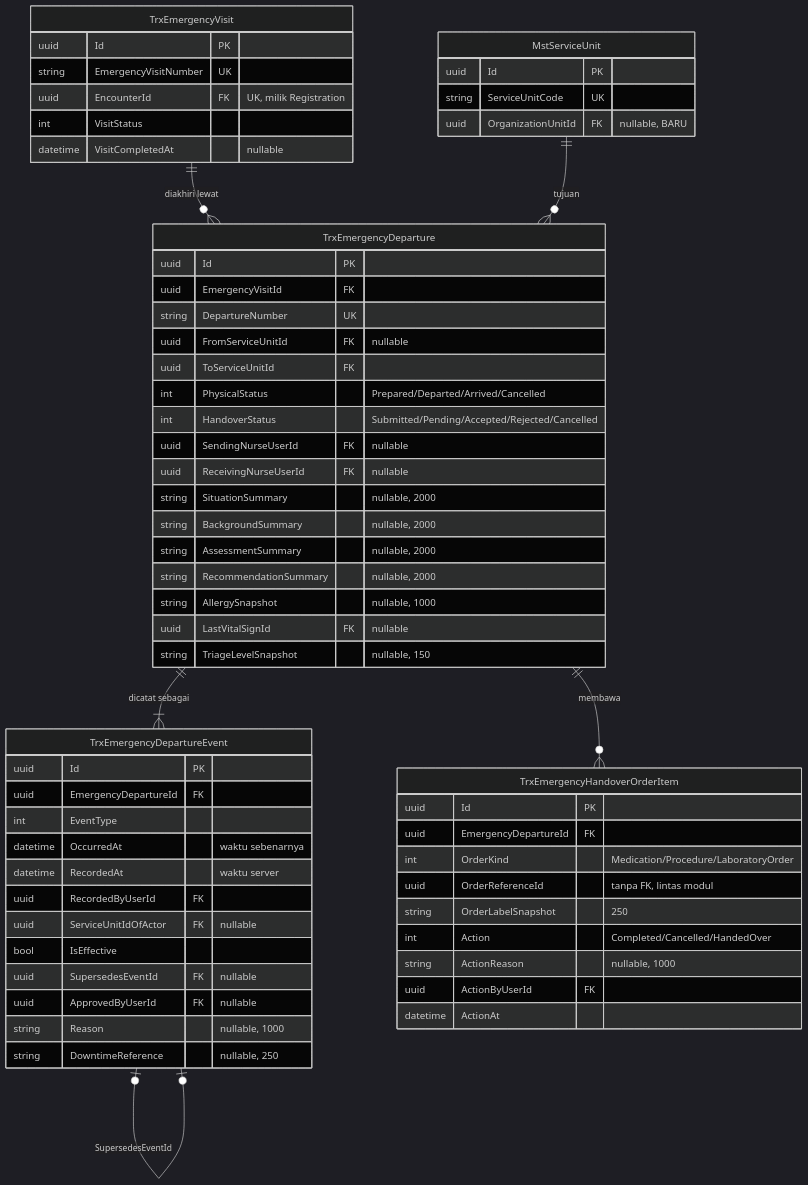
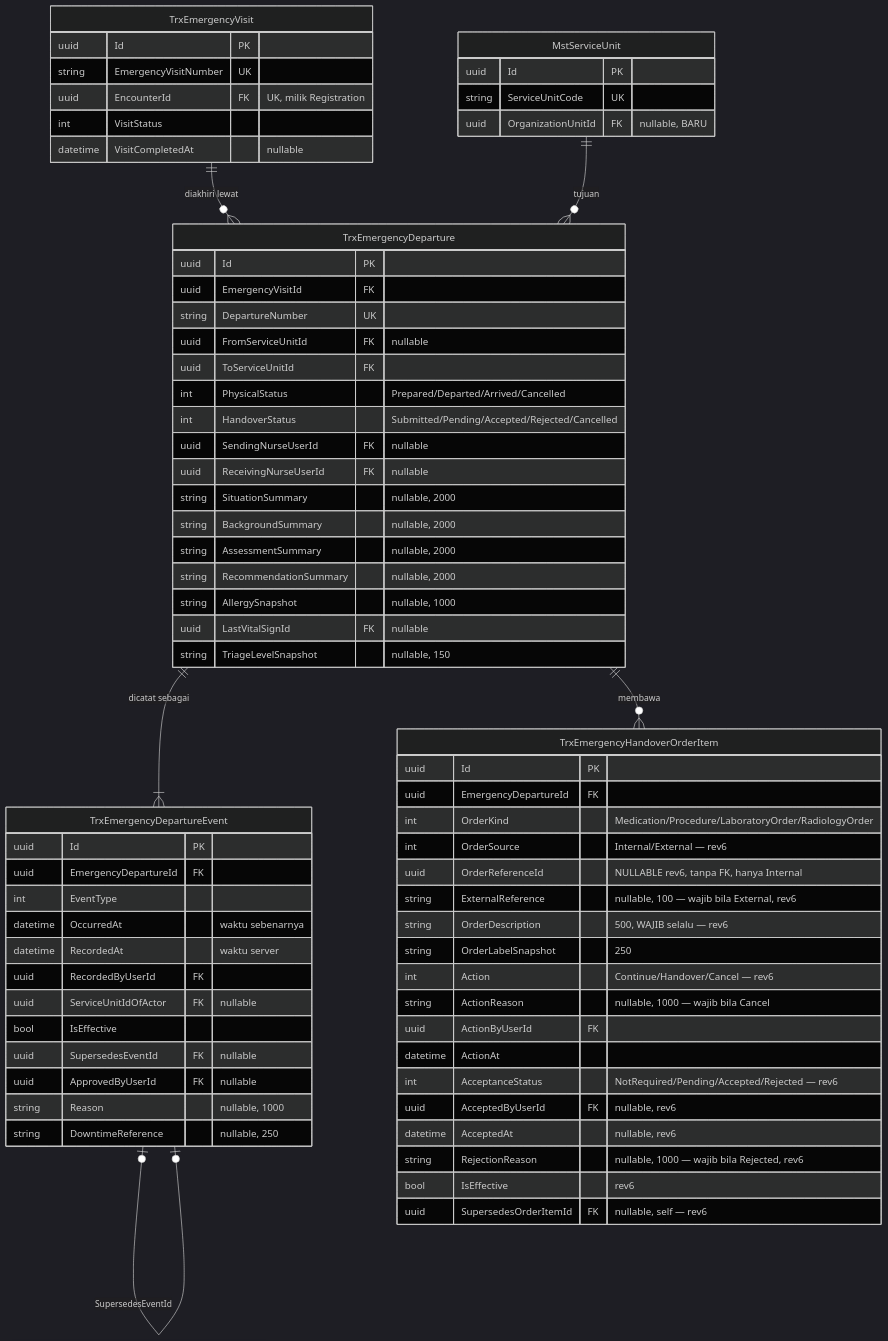
The diagram in docs/module-blueprints/igd/erd/emergency-departure.md (DevBenari/NewQuilvianSystemBackend), drawn with Mermaid (dark theme) before and after one commit. The commit also changed other lines of this file and 140 other files, not shown here.

````diff
--- a/docs/module-blueprints/igd/erd/emergency-departure.md
+++ b/docs/module-blueprints/igd/erd/emergency-departure.md
@@ -18,64 +18,73 @@
 ```mermaid
 erDiagram
     TrxEmergencyVisit {
         uuid Id PK
         string EmergencyVisitNumber UK
         uuid EncounterId FK "UK, milik Registration"
         int VisitStatus
         datetime VisitCompletedAt "nullable"
     }
     TrxEmergencyDeparture {
         uuid Id PK
         uuid EmergencyVisitId FK
         string DepartureNumber UK
         uuid FromServiceUnitId FK "nullable"
         uuid ToServiceUnitId FK
         int PhysicalStatus "Prepared/Departed/Arrived/Cancelled"
         int HandoverStatus "Submitted/Pending/Accepted/Rejected/Cancelled"
         uuid SendingNurseUserId FK "nullable"
         uuid ReceivingNurseUserId FK "nullable"
         string SituationSummary "nullable, 2000"
         string BackgroundSummary "nullable, 2000"
         string AssessmentSummary "nullable, 2000"
         string RecommendationSummary "nullable, 2000"
         string AllergySnapshot "nullable, 1000"
         uuid LastVitalSignId FK "nullable"
         string TriageLevelSnapshot "nullable, 150"
     }
     TrxEmergencyDepartureEvent {
         uuid Id PK
         uuid EmergencyDepartureId FK
         int EventType
         datetime OccurredAt "waktu sebenarnya"
         datetime RecordedAt "waktu server"
         uuid RecordedByUserId FK
         uuid ServiceUnitIdOfActor FK "nullable"
         bool IsEffective
         uuid SupersedesEventId FK "nullable"
         uuid ApprovedByUserId FK "nullable"
         string Reason "nullable, 1000"
         string DowntimeReference "nullable, 250"
     }
     TrxEmergencyHandoverOrderItem {
         uuid Id PK
         uuid EmergencyDepartureId FK
-        int OrderKind "Medication/Procedure/LaboratoryOrder"
-        uuid OrderReferenceId "tanpa FK, lintas modul"
+        int OrderKind "Medication/Procedure/LaboratoryOrder/RadiologyOrder"
+        int OrderSource "Internal/External — rev6"
+        uuid OrderReferenceId "NULLABLE rev6, tanpa FK, hanya Internal"
+        string ExternalReference "nullable, 100 — wajib bila External, rev6"
+        string OrderDescription "500, WAJIB selalu — rev6"
         string OrderLabelSnapshot "250"
-        int Action "Completed/Cancelled/HandedOver"
-        string ActionReason "nullable, 1000"
+        int Action "Continue/Handover/Cancel — rev6"
+        string ActionReason "nullable, 1000 — wajib bila Cancel"
         uuid ActionByUserId FK
         datetime ActionAt
+        int AcceptanceStatus "NotRequired/Pending/Accepted/Rejected — rev6"
+        uuid AcceptedByUserId FK "nullable, rev6"
+        datetime AcceptedAt "nullable, rev6"
+        string RejectionReason "nullable, 1000 — wajib bila Rejected, rev6"
+        bool IsEffective "rev6"
+        uuid SupersedesOrderItemId FK "nullable, self — rev6"
     }
     MstServiceUnit {
         uuid Id PK
         string ServiceUnitCode UK
         uuid OrganizationUnitId FK "nullable, BARU"
     }
 
     TrxEmergencyVisit ||--o{ TrxEmergencyDeparture : "diakhiri lewat"
     TrxEmergencyDeparture ||--|{ TrxEmergencyDepartureEvent : "dicatat sebagai"
     TrxEmergencyDeparture ||--o{ TrxEmergencyHandoverOrderItem : "membawa"
     TrxEmergencyDepartureEvent |o--o| TrxEmergencyDepartureEvent : "SupersedesEventId"
     MstServiceUnit ||--o{ TrxEmergencyDeparture : "tujuan"
 ```
````
